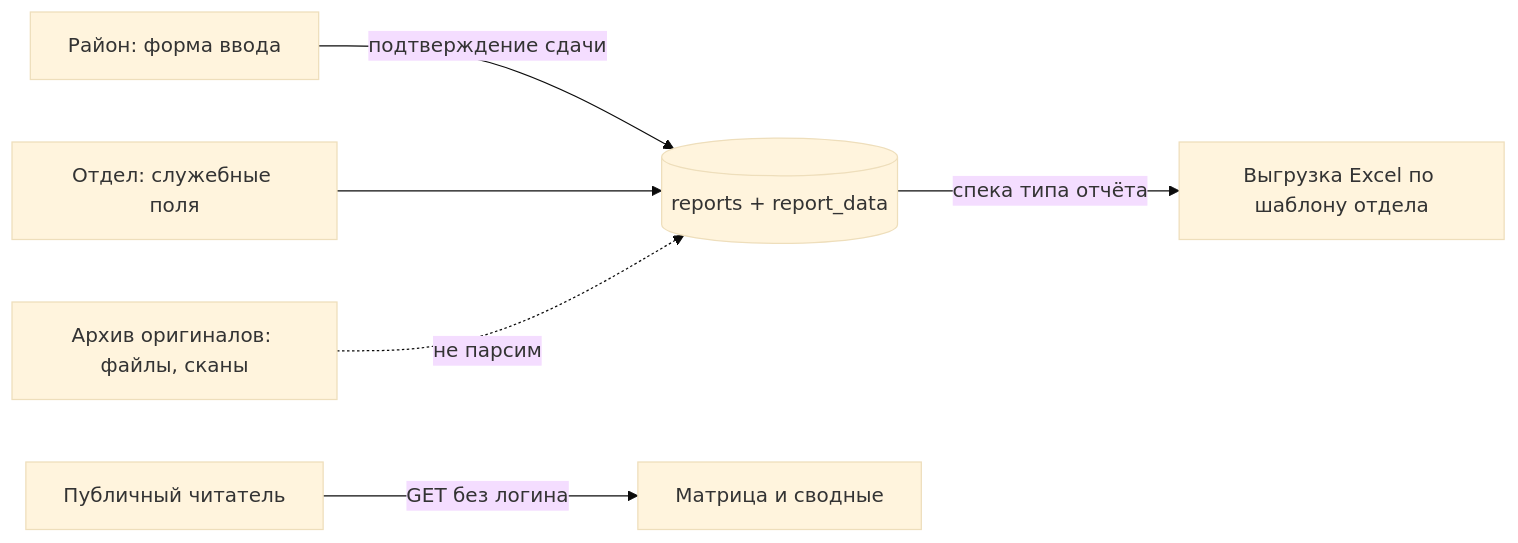
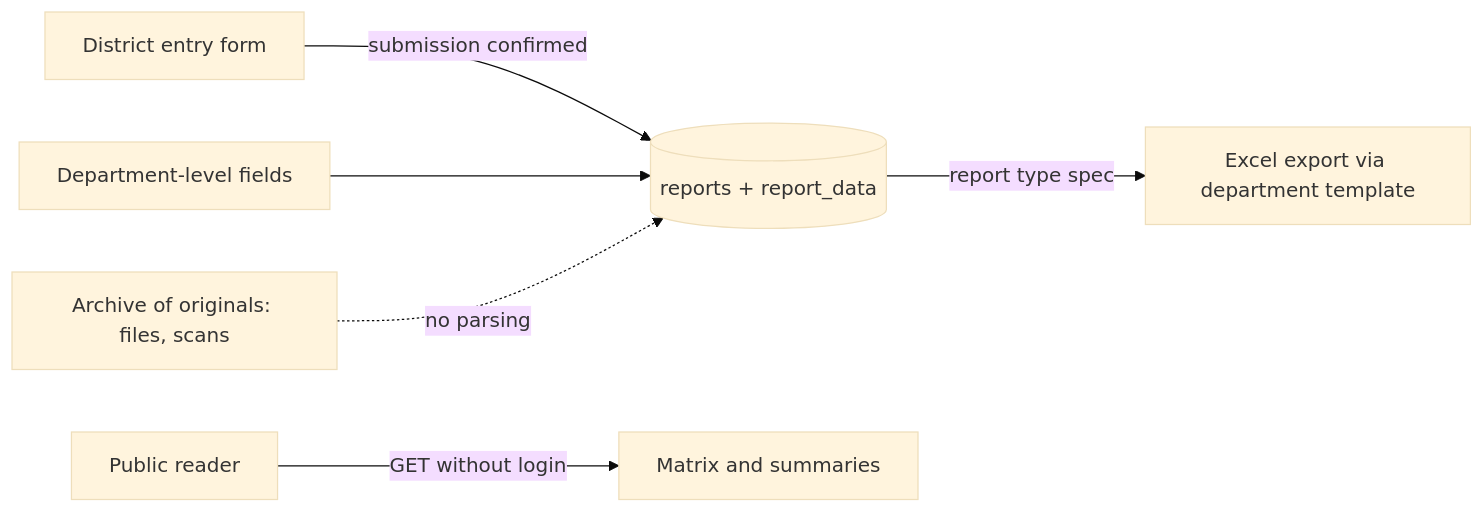
The diagram in README.md (StAlien666/excel-automation), drawn with Mermaid (base theme) before and after one commit. The commit also changed other lines of this file and 1 other file, not shown here.

````diff
--- a/README.md
+++ b/README.md
@@ -66,8 +83,8 @@
 ```mermaid
 flowchart LR
-    district[Район: форма ввода] -->|подтверждение сдачи| reports[(reports + report_data)]
-    dept[Отдел: служебные поля] --> reports
-    reports -->|спека типа отчёта| export[Выгрузка Excel по шаблону отдела]
-    files[Архив оригиналов: файлы, сканы] -.не парсим.-> reports
-    public[Публичный читатель] -->|GET без логина| matrix[Матрица и сводные]
+    district[District entry form] -->|submission confirmed| reports[(reports + report_data)]
+    dept[Department-level fields] --> reports
+    reports -->|report type spec| export[Excel export via department template]
+    files[Archive of originals: files, scans] -.no parsing.-> reports
+    public[Public reader] -->|GET without login| matrix[Matrix and summaries]
 ```
````
